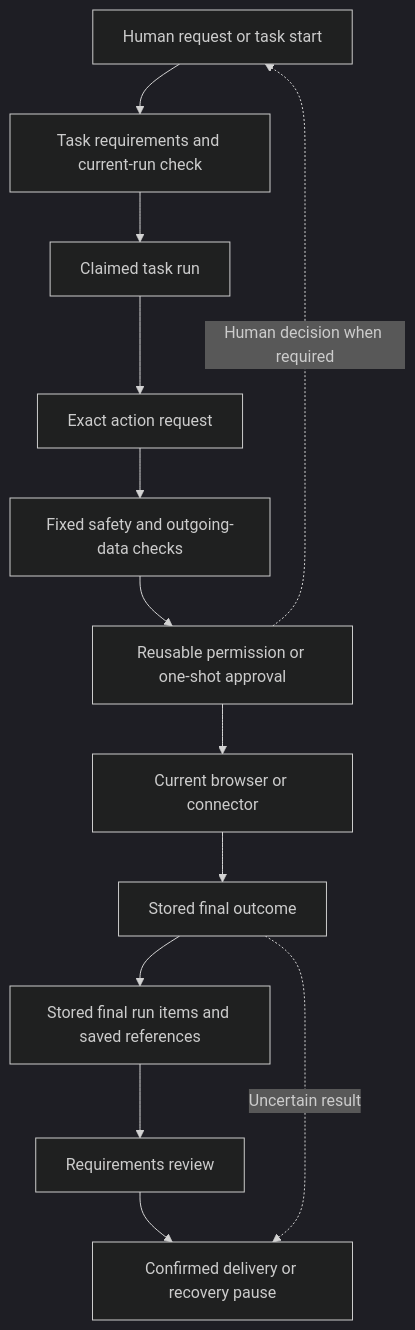
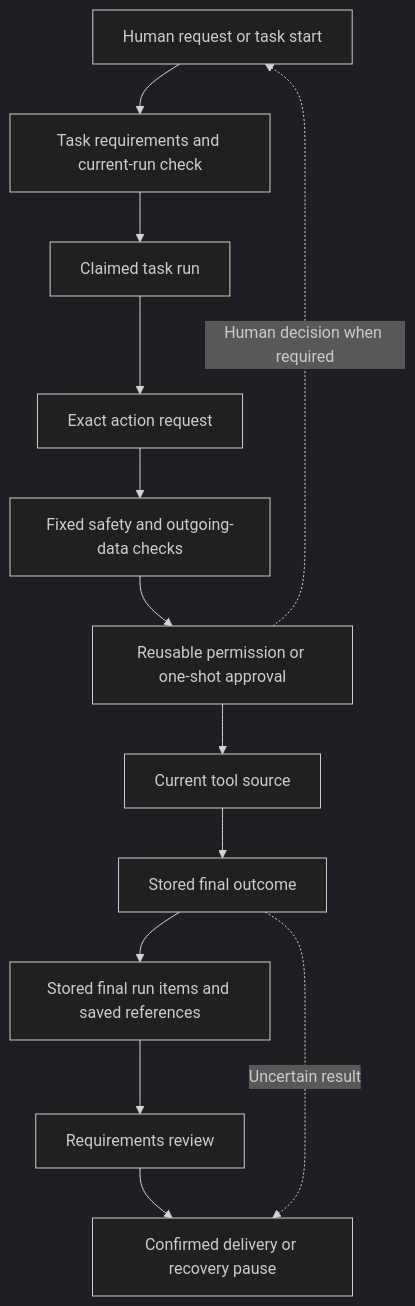
One commit to kpsuperplane/Noema changed diagram 29 of 29 in docs/superpowers/plans/2026-08-08-noema-practical-reliability-roadmap.md. Above: the diagram before and after it, drawn with Mermaid (dark theme). The commit also changed other lines of this file, not shown here.

Commit message:
docs: make reliability roadmap tool-neutral

````diff
--- a/docs/superpowers/plans/2026-08-08-noema-practical-reliability-roadmap.md
+++ b/docs/superpowers/plans/2026-08-08-noema-practical-reliability-roadmap.md
@@ -1669,18 +1667,18 @@
 ```mermaid
 flowchart TD
     H["Human request or task start"]
     T["Task requirements and current-run check"]
     R["Claimed task run"]
     A["Exact action request"]
     P["Fixed safety and outgoing-data checks"]
     G["Reusable permission or one-shot approval"]
-    C["Current browser or connector"]
+    C["Current tool source"]
     O["Stored final outcome"]
     E["Stored final run items and saved references"]
     V["Requirements review"]
     D["Confirmed delivery or recovery pause"]
 
     H --> T --> R --> A --> P --> G --> C --> O --> E --> V --> D
     G -.->|Human decision when required| H
     O -.->|Uncertain result| D
 ```
````
